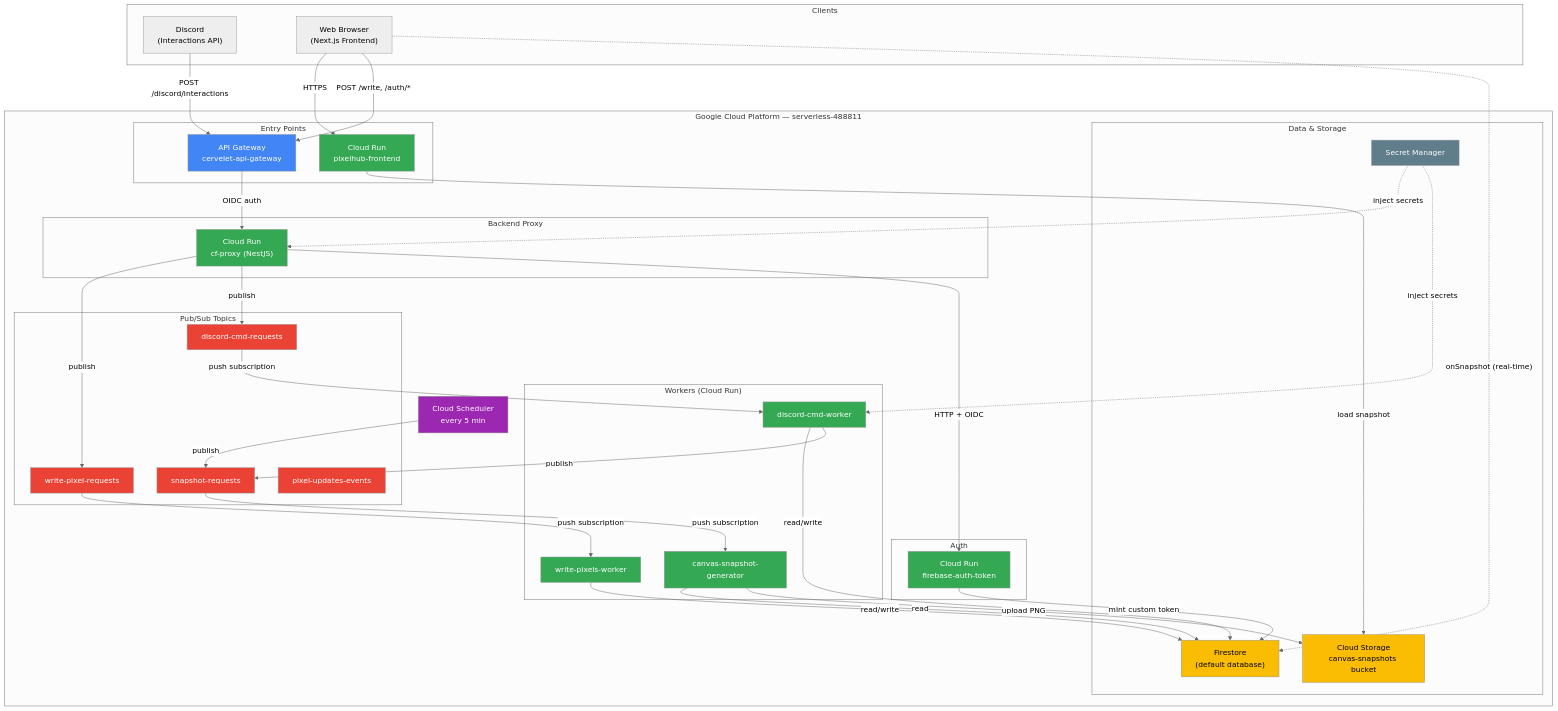
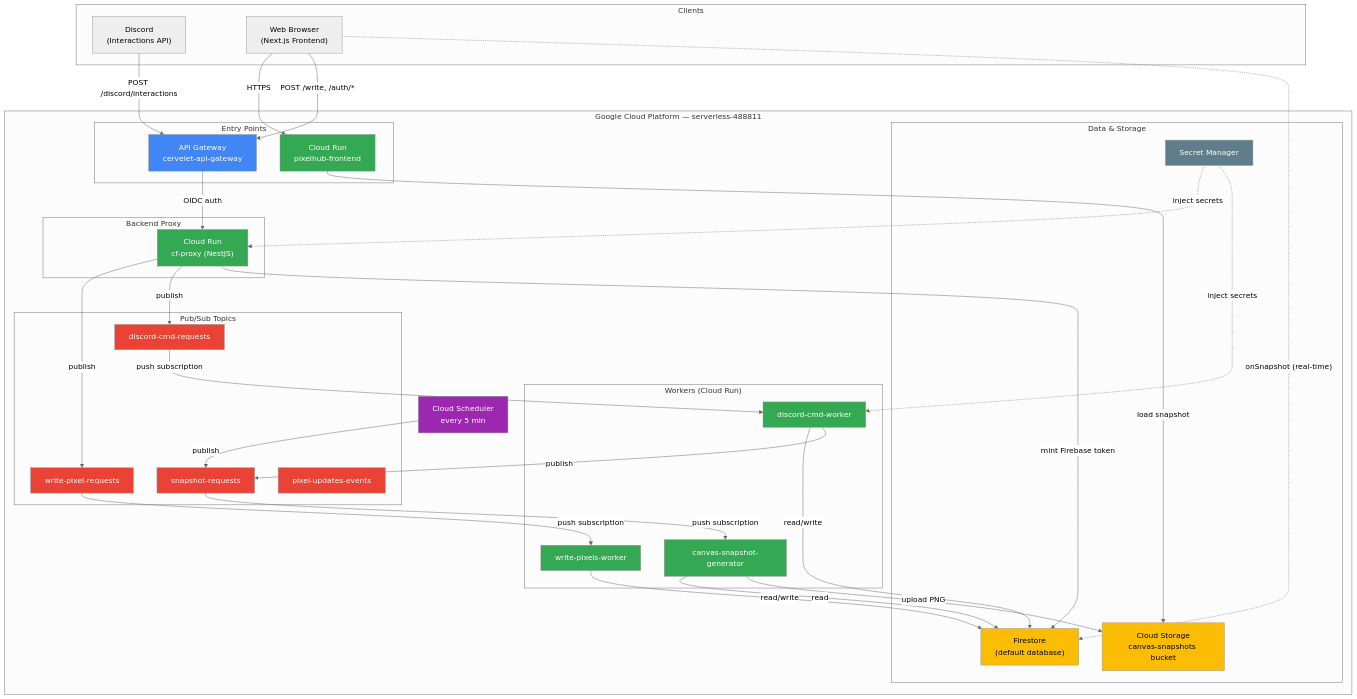
The first of 8 diagrams in docs/architecture.md (lenny-vigeon-dev/cervelet), drawn with Mermaid (neutral theme) before and after one commit. The commit also changed other lines of this file and 3 other files, not shown here.

Commit message:
docs: remove phantom firebase-auth-token references from all documentation

```diff
--- a/docs/architecture.md
+++ b/docs/architecture.md
@@ -32,10 +32,6 @@
             W3["canvas-snapshot-generator"]
         end
 
-        subgraph "Auth"
-            AuthToken["Cloud Run<br/>firebase-auth-token"]
-        end
-
         subgraph "Data & Storage"
             Firestore["Firestore<br/>(default database)"]
             GCS["Cloud Storage<br/>canvas-snapshots bucket"]
@@ -53,7 +49,6 @@
     APIGW -->|"OIDC auth"| Proxy
     Proxy -->|"publish"| T1
     Proxy -->|"publish"| T2
-    Proxy -->|"HTTP + OIDC"| AuthToken
 
     T1 -->|"push subscription"| W1
     T2 -->|"push subscription"| W2
@@ -65,7 +60,7 @@
     W3 -->|"read"| Firestore
     W3 -->|"upload PNG"| GCS
 
-    AuthToken -->|"mint custom token"| Firestore
+    Proxy -->|"mint Firebase token"| Firestore
 
     Scheduler -->|"publish"| T3
 
@@ -79,7 +74,6 @@
     style W1 fill:#34A853,color:#fff
     style W2 fill:#34A853,color:#fff
     style W3 fill:#34A853,color:#fff
-    style AuthToken fill:#34A853,color:#fff
     style FrontendCR fill:#34A853,color:#fff
     style Firestore fill:#FBBC04,color:#000
     style GCS fill:#FBBC04,color:#000
```
